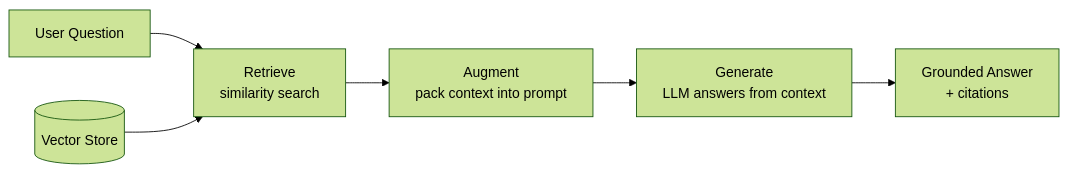
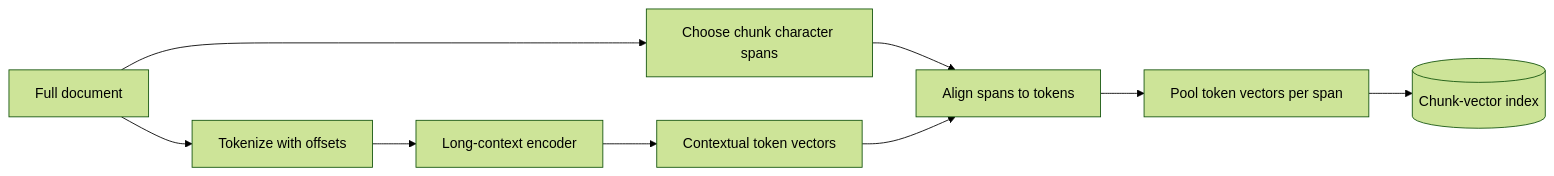
Before and after one commit to MakCoder-2004/AI-Engineering-Sheet: diagram 13 of 45 in 05.RAG/RAG.md, drawn with Mermaid (forest theme). The commit also changed other lines of this file and 60 other files, not shown here.

````diff
--- a/05.RAG/RAG.md
+++ b/05.RAG/RAG.md
@@ -36,8 +644,11 @@
 ```mermaid
 flowchart LR
-    Q[User Question] --> R[Retrieve<br/>similarity search]
-    DB[(Vector Store)] --> R
-    R --> P[Augment<br/>pack context into prompt]
-    P --> G[Generate<br/>LLM answers from context]
-    G --> AN[Grounded Answer<br/>+ citations]
+    D[Full document] --> T[Tokenize with offsets]
+    T --> M[Long-context encoder]
+    M --> H[Contextual token vectors]
+    D --> B[Choose chunk character spans]
+    B --> A[Align spans to tokens]
+    H --> A
+    A --> P[Pool token vectors per span]
+    P --> V[(Chunk-vector index)]
 ```
````
